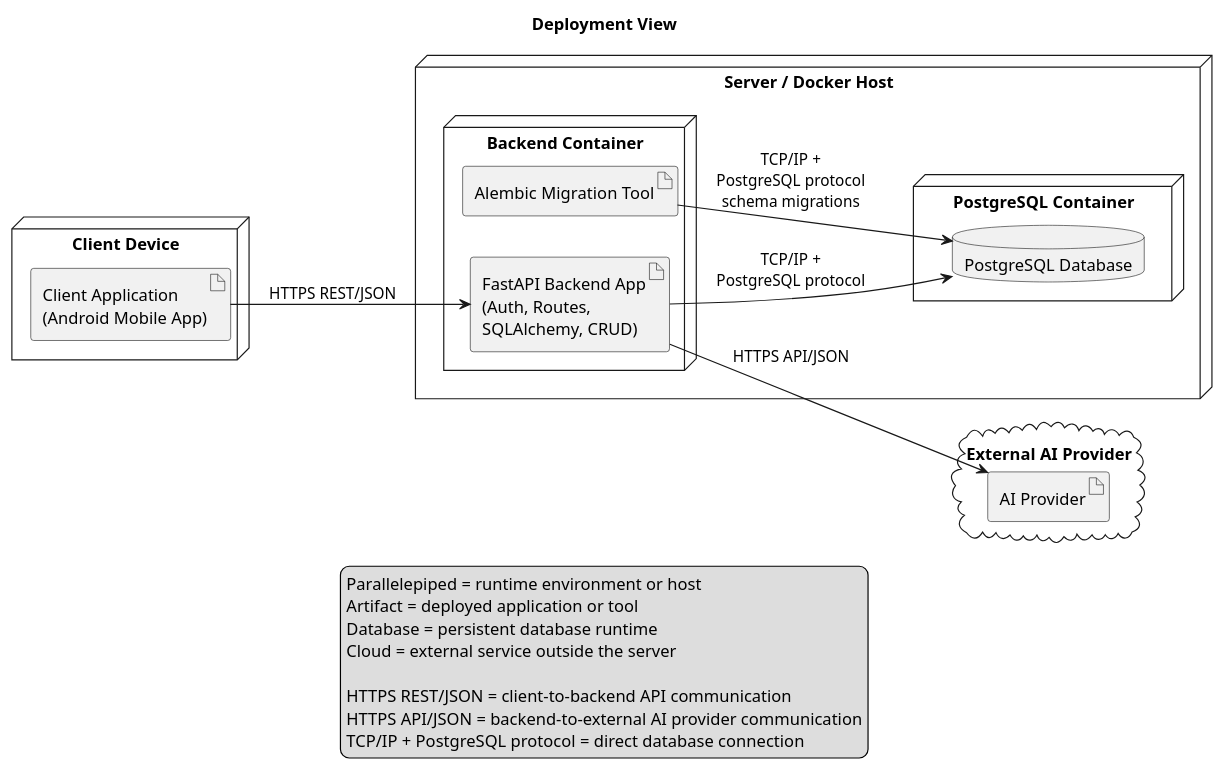
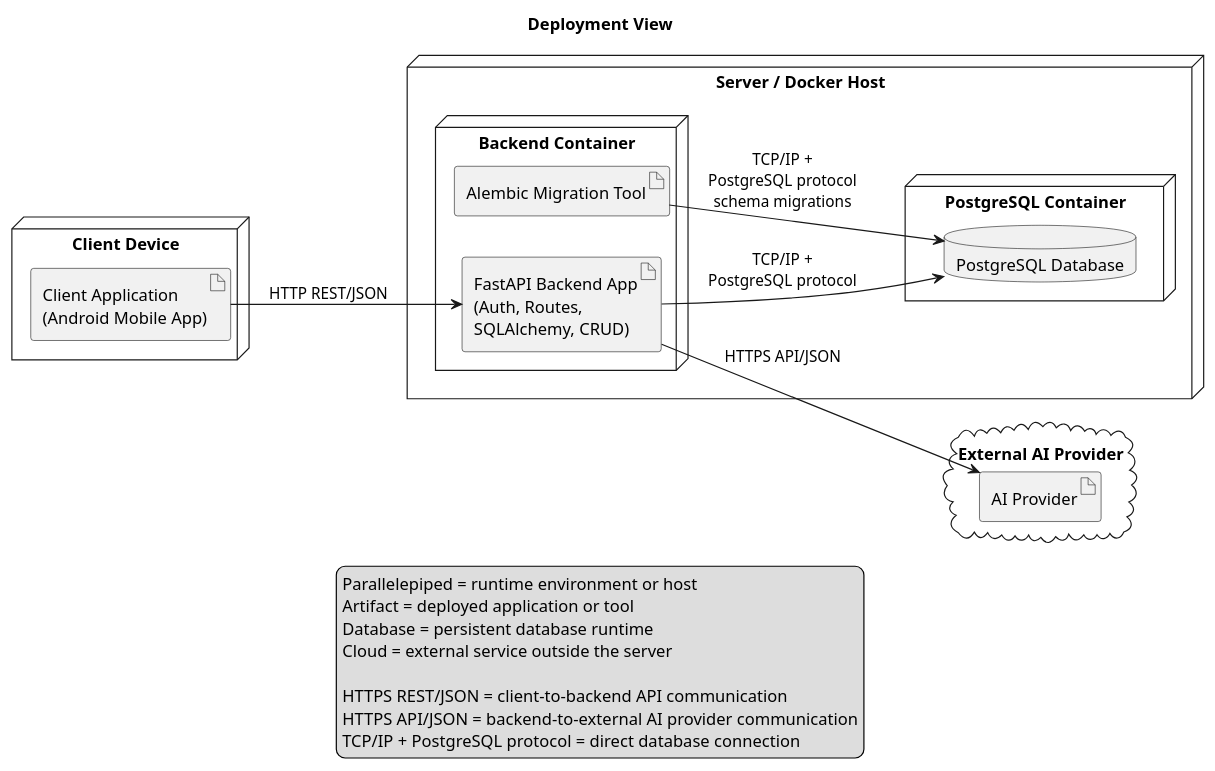
One commit to ernest0507/LAMBA_Team-22 changed the diagram in docs/architecture/deployment-view/deployment-diagram.puml. Above: the diagram before and after it, drawn with PlantUML.

```diff
--- a/docs/architecture/deployment-view/deployment-diagram.puml
+++ b/docs/architecture/deployment-view/deployment-diagram.puml
@@ -1,45 +1,45 @@
 @startuml
 
 title Deployment View
 
 left to right direction
 skinparam shadowing false
 
 node "Client Device" as ClientDevice {
   artifact "Client Application\n(Android Mobile App)" as AndroidApp
 }
 
 node "Server / Docker Host" as Server {
   node "Backend Container" as BackendContainer {
     artifact "FastAPI Backend App\n(Auth, Routes,\nSQLAlchemy, CRUD)" as BackendApp
     artifact "Alembic Migration Tool" as Alembic
   }
 
   node "PostgreSQL Container" as PostgresContainer {
     database "PostgreSQL Database" as Postgres
   }
 }
 
 cloud "External AI Provider" as ExternalAI {
   artifact "AI Provider" as AIProvider
 }
 
-AndroidApp --> BackendApp : HTTPS REST/JSON
+AndroidApp --> BackendApp : HTTP REST/JSON
 
 BackendApp --> Postgres : TCP/IP +\nPostgreSQL protocol
 Alembic --> Postgres : TCP/IP +\nPostgreSQL protocol\nschema migrations
 
 BackendApp --> AIProvider : HTTPS API/JSON
 
 legend bottom
   Parallelepiped = runtime environment or host
   Artifact = deployed application or tool
   Database = persistent database runtime
   Cloud = external service outside the server
 
   HTTPS REST/JSON = client-to-backend API communication
   HTTPS API/JSON = backend-to-external AI provider communication
   TCP/IP + PostgreSQL protocol = direct database connection
 endlegend
 
 @enduml
```
